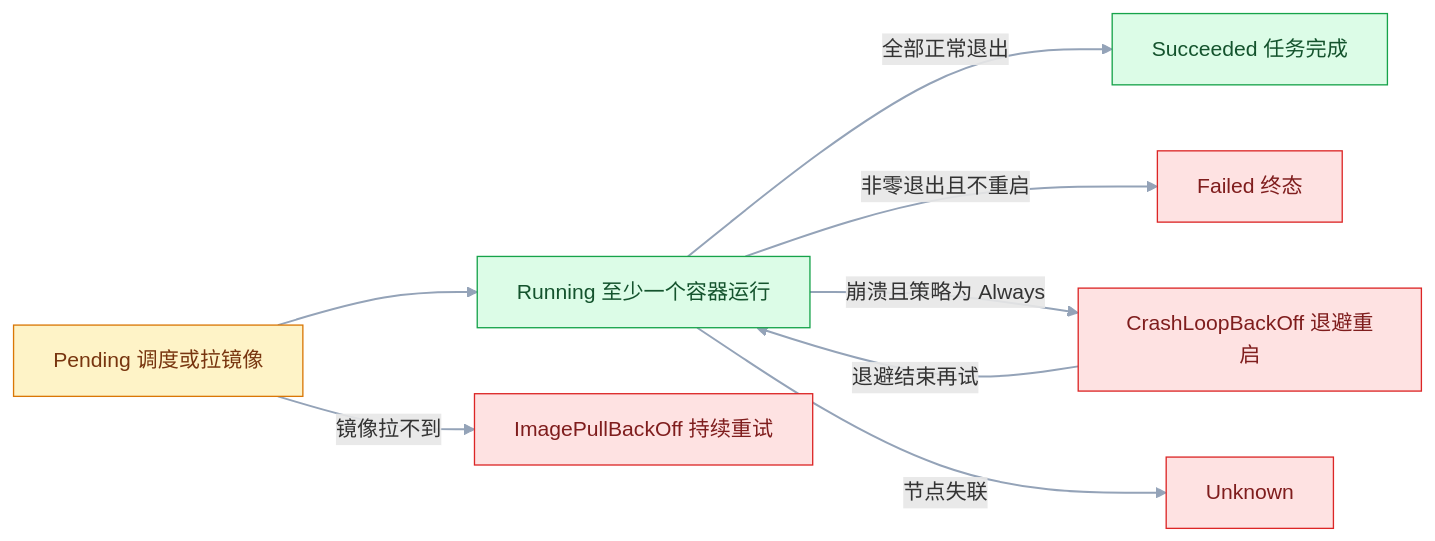
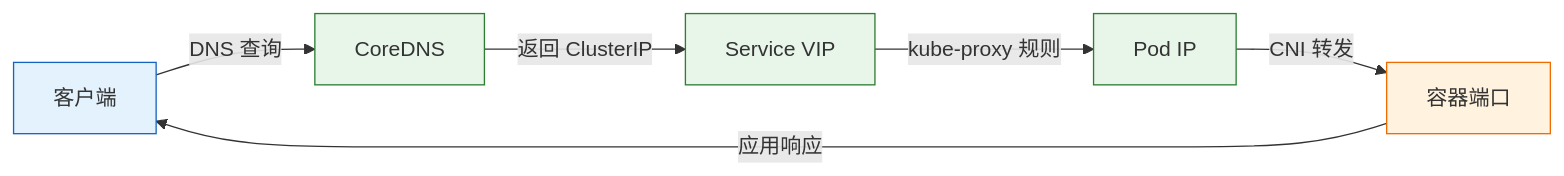
One commit to jimbosuper/studynotes changed the third of 3 diagrams in blog/src/notes/07-运维/03-容器与编排/03-Kubernetes核心概念.md. Above: the diagram before and after it, drawn with Mermaid. The commit also changed other lines of this file and 367 other files, not shown here.

````diff
--- a/blog/src/notes/07-运维/03-容器与编排/03-Kubernetes核心概念.md
+++ b/blog/src/notes/07-运维/03-容器与编排/03-Kubernetes核心概念.md
@@ -560,15 +765,14 @@
 ```mermaid
 flowchart LR
-    classDef warn fill:#FEF3C7,stroke:#D97706,color:#78350F
-    classDef ok fill:#DCFCE7,stroke:#16A34A,color:#14532D
-    classDef bad fill:#FEE2E2,stroke:#DC2626,color:#7F1D1D
-
-    A["Pending 调度或拉镜像"]:::warn --> B["Running 至少一个容器运行"]:::ok
-    B -->|"全部正常退出"| C["Succeeded 任务完成"]:::ok
-    B -->|"非零退出且不重启"| D["Failed 终态"]:::bad
-    B -->|"崩溃且策略为 Always"| E["CrashLoopBackOff 退避重启"]:::bad
-    E -->|"退避结束再试"| B
-    A -->|"镜像拉不到"| F["ImagePullBackOff 持续重试"]:::bad
-    B -->|"节点失联"| G["Unknown"]:::bad
-    linkStyle default stroke:#94A3B8,stroke-width:1.5px
+    A["客户端"] -->|"DNS 查询"| B["CoreDNS"]
+    B -->|"返回 ClusterIP"| C["Service VIP"]
+    C -->|"kube-proxy 规则"| D["Pod IP"]
+    D -->|"CNI 转发"| E["容器端口"]
+    E -->|"应用响应"| A
+    classDef client fill:#e3f2fd,stroke:#1565c0;
+    classDef engine fill:#e8f5e9,stroke:#2e7d32;
+    classDef image fill:#fff3e0,stroke:#ef6c00;
+    class A client
+    class B,C,D engine
+    class E image
 ```
````
